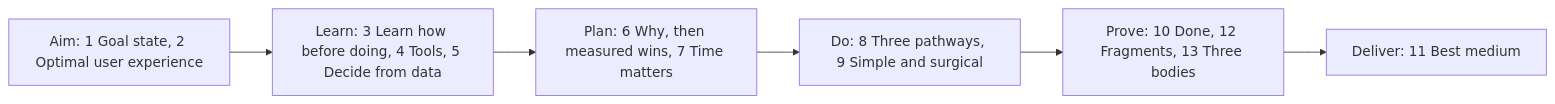
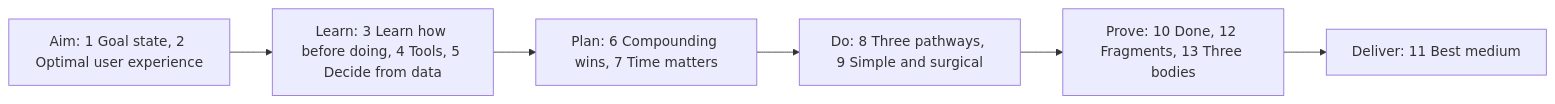
Before and after one commit to SolenixAI/arbiter: the diagram in README.md, drawn with Mermaid. The commit also changed 1 other file, not shown here.

Commit message:
docs(agents): section 6 becomes Compounding wins, the three-body ratchet
{{why, SMART goal, lean loop}}:<{[compounding wins]}>: the PVI² sets the direction,
the SMART goal aims at the next Fibonacci target, and the loop locks each kept win
as the new baseline. Scoring stays as the tool for choosing what goes first.

````diff
--- a/README.md
+++ b/README.md
@@ -21,6 +21,6 @@
 ```mermaid
 flowchart LR
   A["Aim: 1 Goal state, 2 Optimal user experience"] --> L["Learn: 3 Learn how before doing, 4 Tools, 5 Decide from data"]
-  L --> P["Plan: 6 Why, then measured wins, 7 Time matters"] --> D["Do: 8 Three pathways, 9 Simple and surgical"]
+  L --> P["Plan: 6 Compounding wins, 7 Time matters"] --> D["Do: 8 Three pathways, 9 Simple and surgical"]
   D --> V["Prove: 10 Done, 12 Fragments, 13 Three bodies"] --> O["Deliver: 11 Best medium"]
 ```
````
